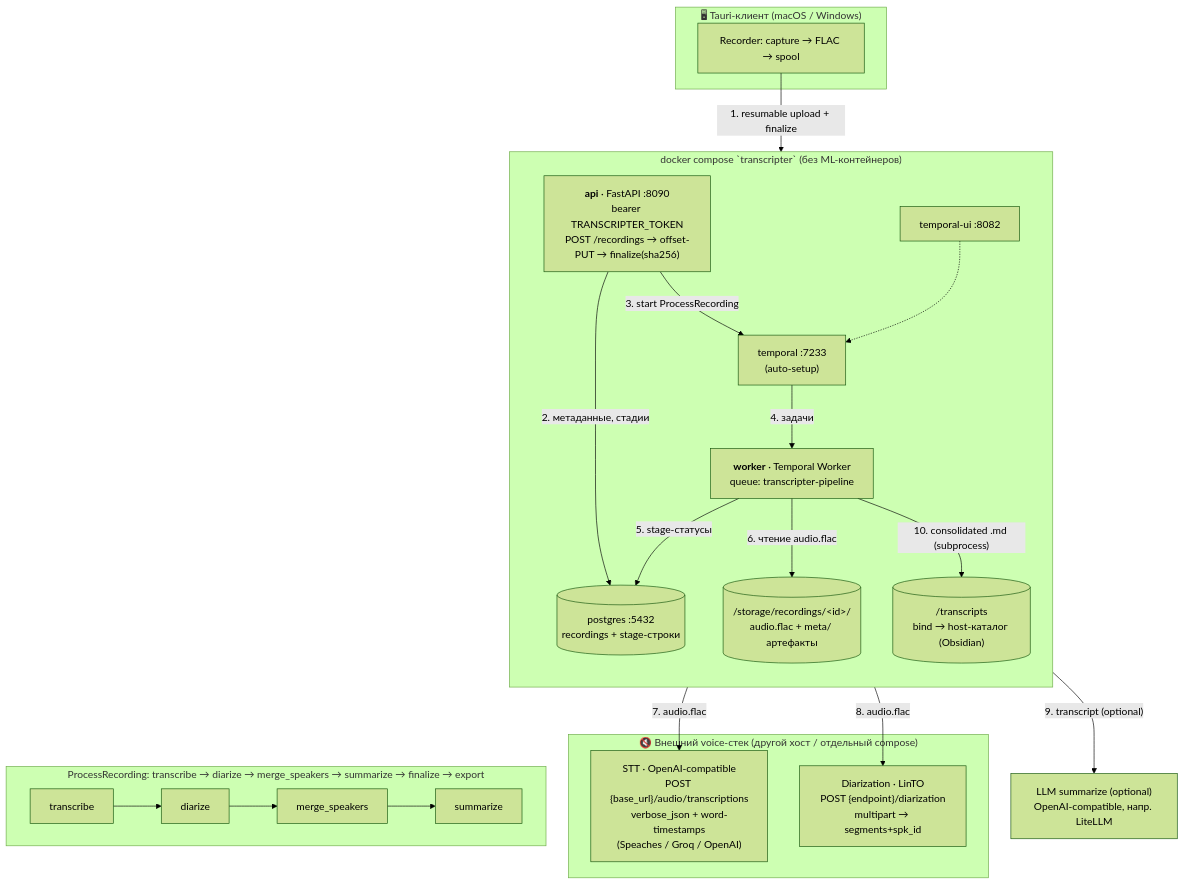
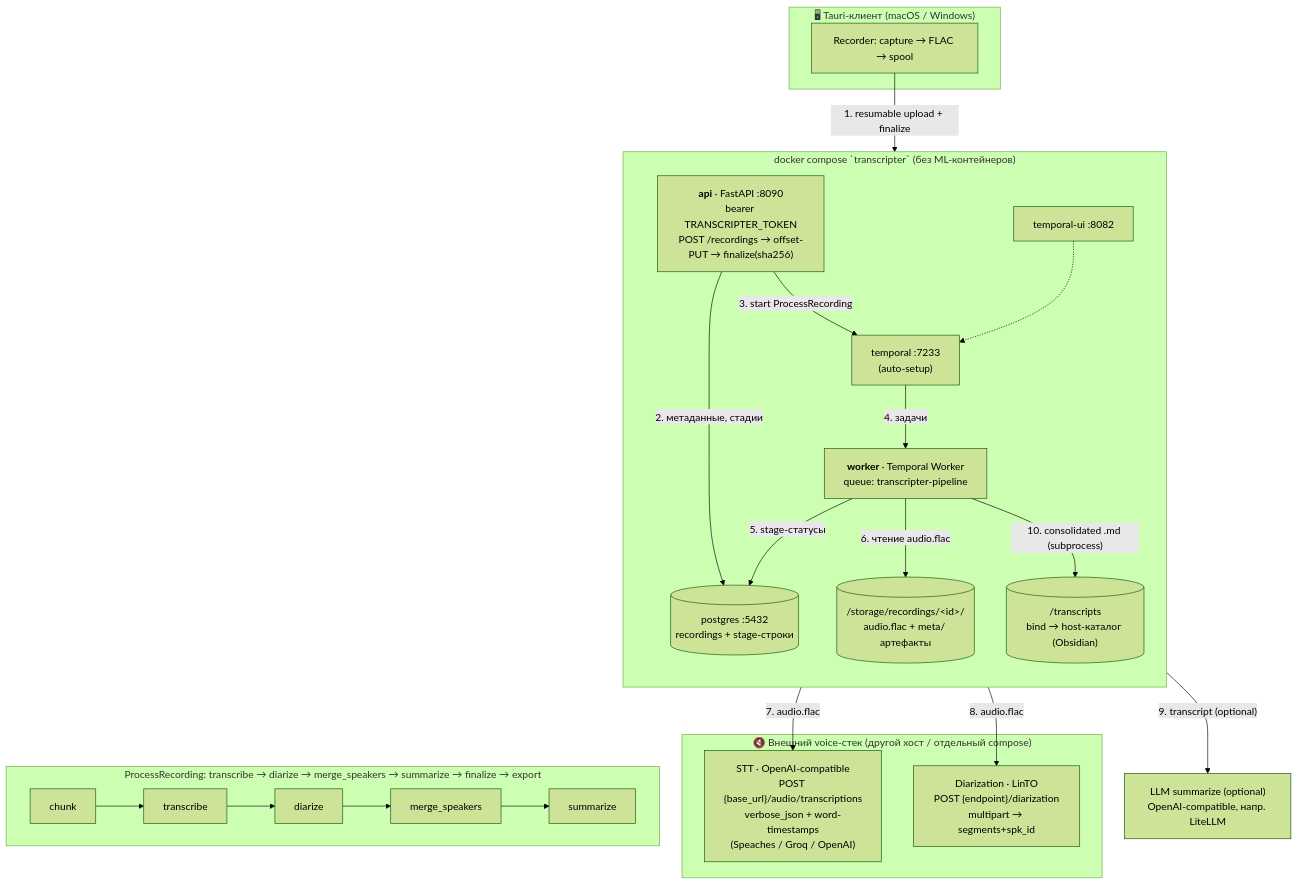
The diagram in docs/backend-architecture.md (megastruktur/transcripter), drawn with Mermaid (forest theme) before and after one commit. The commit also changed other lines of this file and 20 other files, not shown here.

````diff
--- a/docs/backend-architecture.md
+++ b/docs/backend-architecture.md
@@ -9,43 +9,43 @@
 ```mermaid
 flowchart TB
     subgraph CLIENT["🖥 Tauri-клиент (macOS / Windows)"]
         C["Recorder: capture → FLAC → spool"]
     end
 
     subgraph STACK["docker compose `transcripter` (без ML-контейнеров)"]
         direction TB
         API["<b>api</b> · FastAPI :8090<br/>bearer TRANSCRIPTER_TOKEN<br/>POST /recordings → offset-PUT → finalize(sha256)"]
         PG[("postgres :5432<br/>recordings + stage-строки")]
         T["temporal :7233<br/>(auto-setup)"]
         UI["temporal-ui :8082"]
         W["<b>worker</b> · Temporal Worker<br/>queue: transcripter-pipeline"]
         ST[("/storage/recordings/&lt;id&gt;/<br/>audio.flac + meta/ артефакты")]
         TR[("/transcripts<br/>bind → host-каталог (Obsidian)")]
     end
 
     subgraph VOICE["🔇 Внешний voice-стек (другой хост / отдельный compose)"]
         STT["STT · OpenAI-compatible<br/>POST {base_url}/audio/transcriptions<br/>verbose_json + word-timestamps<br/>(Speaches / Groq / OpenAI)"]
         DIAR["Diarization · LinTO<br/>POST {endpoint}/diarization<br/>multipart → segments+spk_id"]
     end
 
     LLM["LLM summarize (optional)<br/>OpenAI-compatible, напр. LiteLLM"]
 
     C -- "1. resumable upload + finalize" --> API
     API -- "2. метаданные, стадии" --> PG
     API -- "3. start ProcessRecording" --> T
     T -- "4. задачи" --> W
     UI -.-> T
     W -- "5. stage-статусы" --> PG
     W -- "6. чтение audio.flac" --> ST
 
     subgraph PIPE["ProcessRecording: transcribe → diarize → merge_speakers → summarize → finalize → export"]
         direction LR
-        p1[transcribe] --> p2[diarize] --> p3[merge_speakers] --> p4[summarize]
+        p0[chunk] --> p1[transcribe] --> p2[diarize] --> p3[merge_speakers] --> p4[summarize]
     end
     W ~~~ PIPE
 
     W -- "7. audio.flac" --> STT
     W -- "8. audio.flac" --> DIAR
     W -- "9. transcript (optional)" --> LLM
     W -- "10. consolidated .md (subprocess)" --> TR
 ```
````
